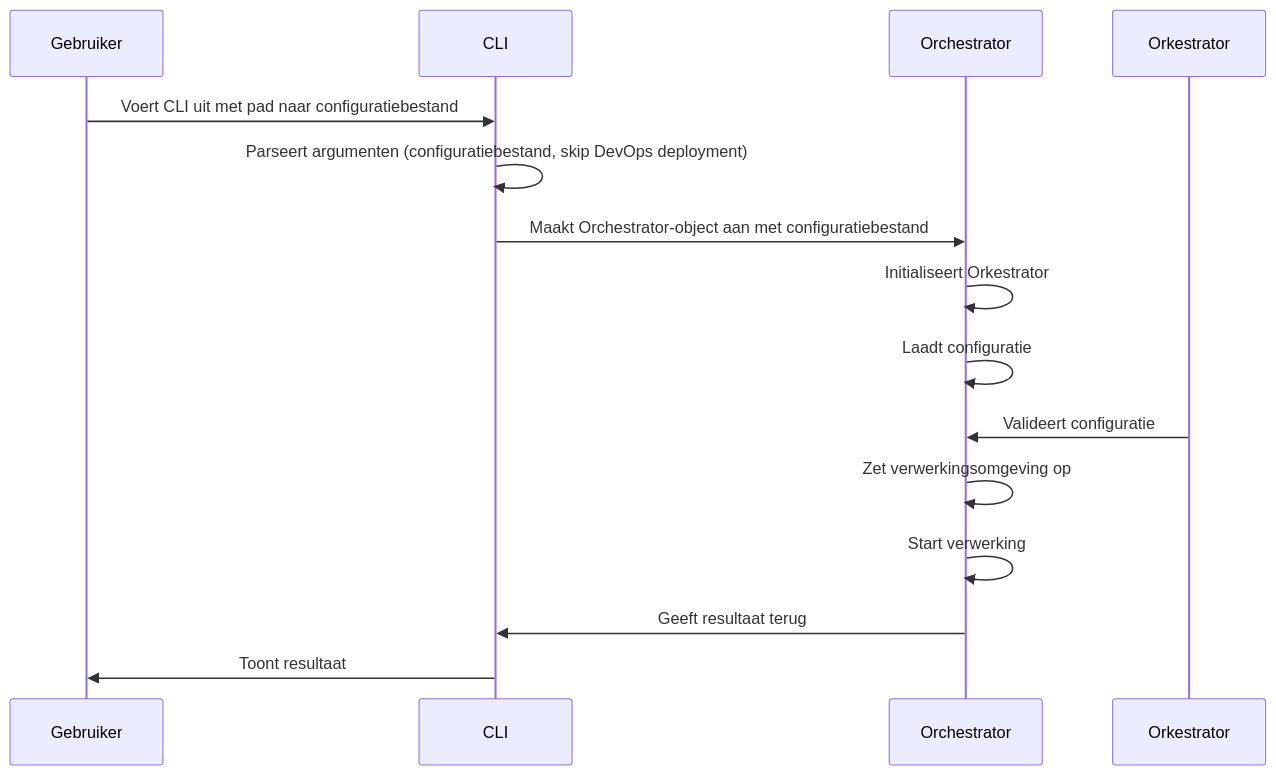
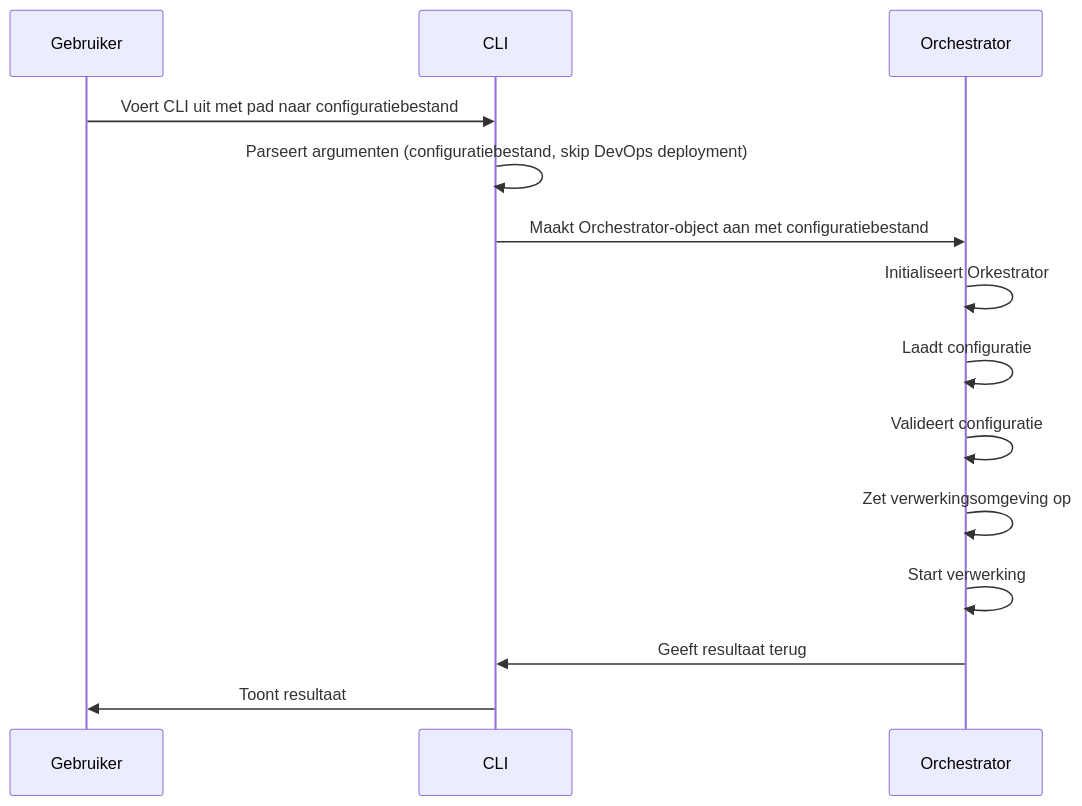
Before and after one commit to mark-me/mapping-dependencies: the first of 4 diagrams in genesis/README.md, drawn with Mermaid.

````diff
--- a/genesis/README.md
+++ b/genesis/README.md
@@ -17,17 +17,17 @@
 ```mermaid
 sequenceDiagram
     participant Gebruiker
     participant CLI
     participant Orchestrator
 
     Gebruiker->>CLI: Voert CLI uit met pad naar configuratiebestand
     CLI->>CLI: Parseert argumenten (configuratiebestand, skip DevOps deployment)
     CLI->>Orchestrator: Maakt Orchestrator-object aan met configuratiebestand
     Orchestrator->>Orchestrator: Initialiseert Orkestrator
     Orchestrator->>Orchestrator: Laadt configuratie
-    Orkestrator->>Orchestrator: Valideert configuratie
+    Orchestrator->>Orchestrator: Valideert configuratie
     Orchestrator->>Orchestrator: Zet verwerkingsomgeving op
     Orchestrator->>Orchestrator: Start verwerking
     Orchestrator->>CLI: Geeft resultaat terug
     CLI->>Gebruiker: Toont resultaat
 ```
````
